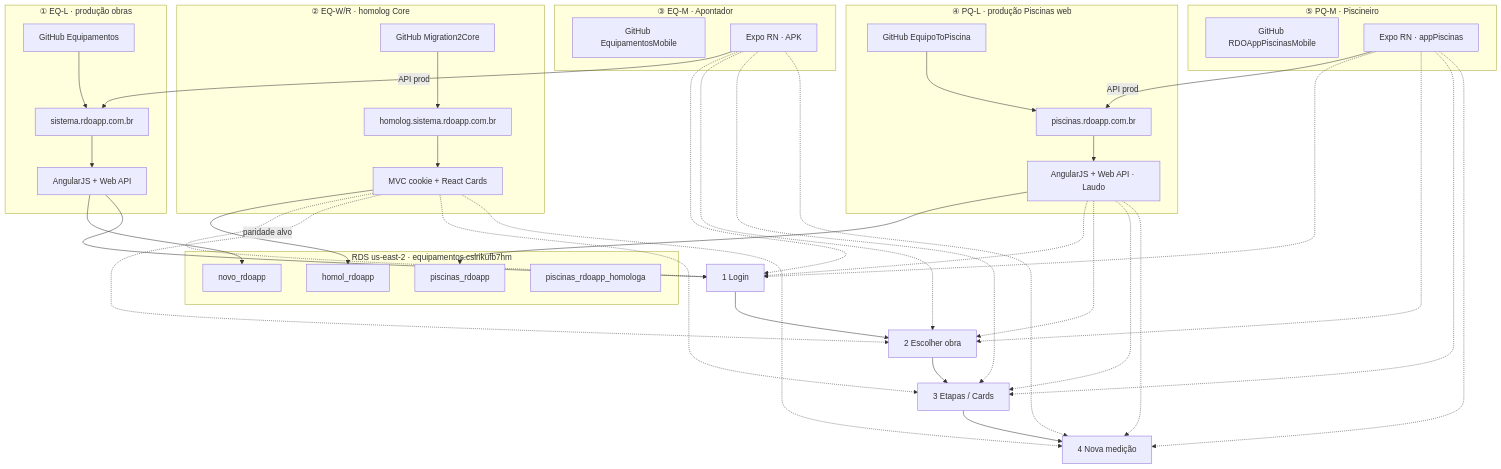
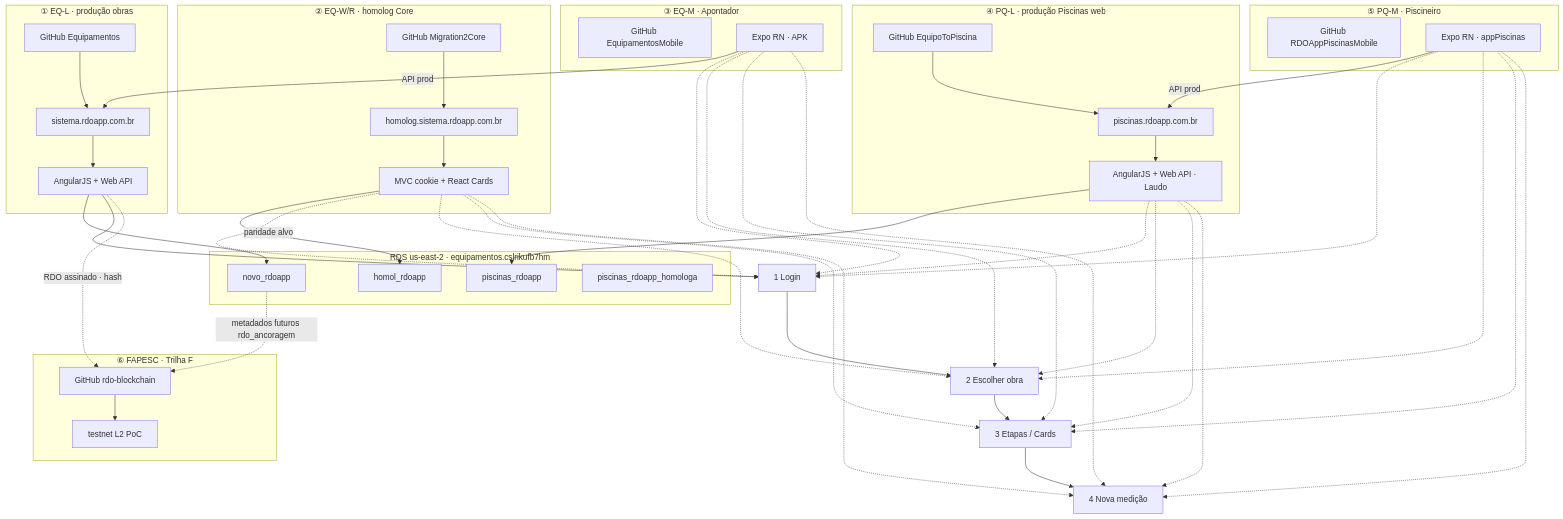
One commit to RDO-APP/Migration2Core changed the diagram in docs/manual-frontend-rdo-equipamentos-prod-core-mobile.md. Above: the diagram before and after it, drawn with Mermaid. The commit also changed other lines of this file and 2 other files, not shown here.

First line of the commit message:
docs(M0′): vetor ⑥ FAPESC e repo rdo-blockchain no manual e orquestrador

````diff
--- a/docs/manual-frontend-rdo-equipamentos-prod-core-mobile.md
+++ b/docs/manual-frontend-rdo-equipamentos-prod-core-mobile.md
@@ -28,67 +39,76 @@
 ```mermaid
 flowchart TB
   subgraph RDS["RDS us-east-2 · equipamentos.cslrikufb7hm"]
     N["novo_rdoapp"]
     H["homol_rdoapp"]
     P["piscinas_rdoapp"]
     PH["piscinas_rdoapp_homologa"]
   end
 
   subgraph V1["① EQ-L · produção obras"]
     R1["GitHub Equipamentos"]
     U1["sistema.rdoapp.com.br"]
     A1["AngularJS + Web API"]
     R1 --> U1 --> A1 --> N
   end
 
   subgraph V2["② EQ-W/R · homolog Core"]
     R2["GitHub Migration2Core"]
     U2["homolog.sistema.rdoapp.com.br"]
     W2["MVC cookie + React Cards"]
     R2 --> U2 --> W2 --> H
   end
 
   subgraph V3["③ EQ-M · Apontador"]
     R3["GitHub EquipamentosMobile"]
     M3["Expo RN · APK"]
     M3 -->|"API prod"| U1
   end
 
   subgraph V4["④ PQ-L · produção Piscinas web"]
     R4["GitHub EquipoToPiscina"]
     U4["piscinas.rdoapp.com.br"]
     A4["AngularJS + Web API · Laudo"]
     R4 --> U4 --> A4 --> P
   end
 
   subgraph V5["⑤ PQ-M · Piscineiro"]
     R5["GitHub RDOAppPiscinasMobile"]
     M5["Expo RN · appPiscinas"]
     M5 -->|"API prod"| U4
   end
 
   A1 --> F1["1 Login"]
   F1 --> F2["2 Escolher obra"]
   F2 --> F3["3 Etapas / Cards"]
   F3 --> F4["4 Nova medição"]
 
   W2 -.->|"paridade alvo"| F1
   W2 -.-> F2
   W2 -.-> F3
   W2 -.-> F4
 
   M3 -.-> F1
   M3 -.-> F2
   M3 -.-> F3
   M3 -.-> F4
 
   A4 -.-> F1
   A4 -.-> F2
   A4 -.-> F3
   A4 -.-> F4
 
   M5 -.-> F1
   M5 -.-> F2
   M5 -.-> F3
   M5 -.-> F4
+
+  subgraph V6["⑥ FAPESC · Trilha F"]
+    R6["GitHub rdo-blockchain"]
+    T6["testnet L2 PoC"]
+    R6 --> T6
+  end
+
+  A1 -.->|"RDO assinado · hash"| R6
+  N -.->|"metadados futuros rdo_ancoragem"| R6
 ```
````
